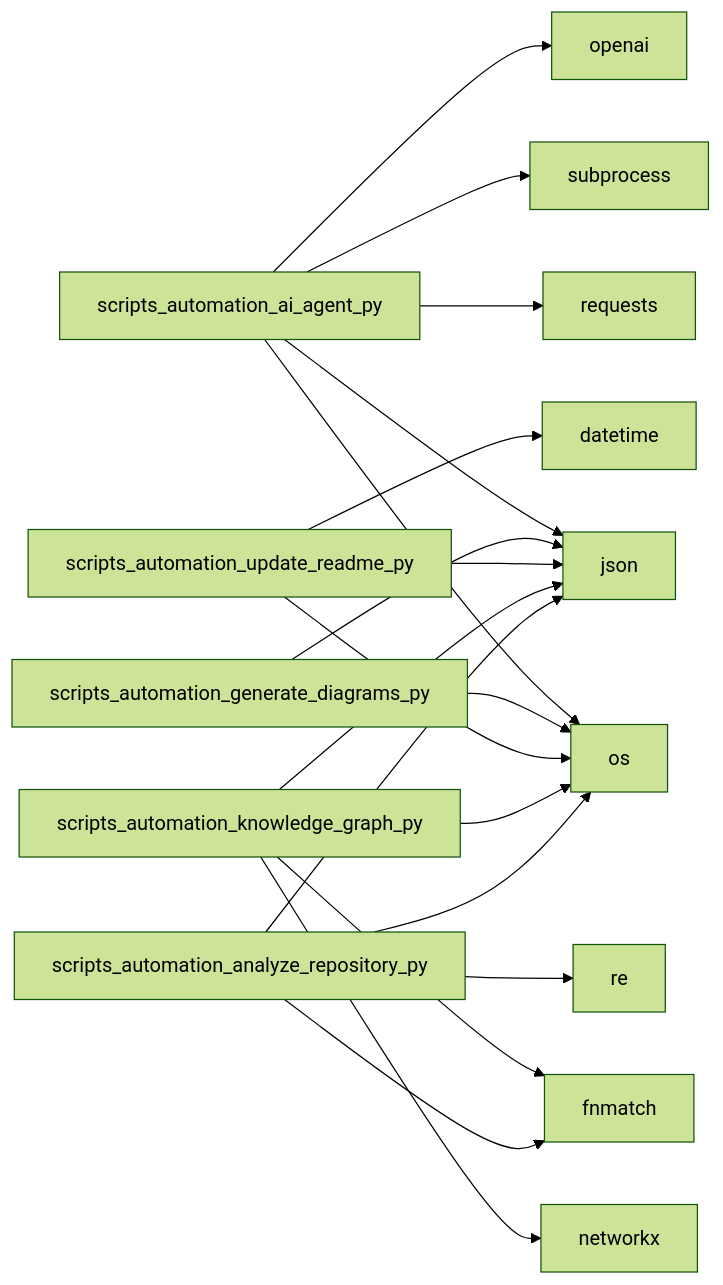
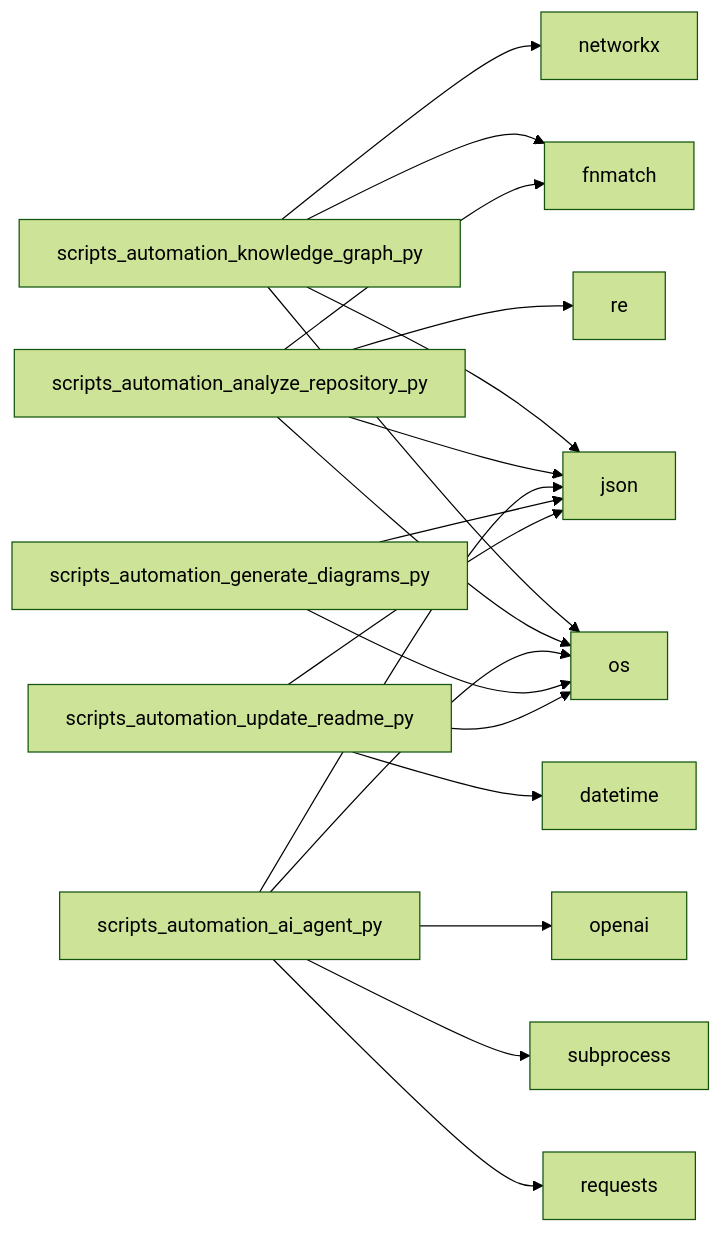
One commit to NITISH-R-G/FUTURE_DS_01 changed the second of 2 diagrams in README.md. Above: the diagram before and after it, drawn with Mermaid (forest theme). The commit also changed other lines of this file and 3 other files, not shown here.

Commit message:
docs: auto-update repository state and diagrams [skip auto]

````diff
--- a/README.md
+++ b/README.md
@@ -39,21 +39,21 @@
 ```mermaid
 graph LR;
+    scripts_automation_knowledge_graph_py --> os;
+    scripts_automation_knowledge_graph_py --> json;
+    scripts_automation_knowledge_graph_py --> networkx;
+    scripts_automation_knowledge_graph_py --> fnmatch;
+    scripts_automation_analyze_repository_py --> os;
+    scripts_automation_analyze_repository_py --> json;
+    scripts_automation_analyze_repository_py --> fnmatch;
+    scripts_automation_analyze_repository_py --> re;
     scripts_automation_ai_agent_py --> os;
     scripts_automation_ai_agent_py --> requests;
     scripts_automation_ai_agent_py --> json;
     scripts_automation_ai_agent_py --> subprocess;
     scripts_automation_ai_agent_py --> openai;
     scripts_automation_generate_diagrams_py --> json;
     scripts_automation_generate_diagrams_py --> os;
     scripts_automation_update_readme_py --> json;
     scripts_automation_update_readme_py --> os;
     scripts_automation_update_readme_py --> datetime;
-    scripts_automation_knowledge_graph_py --> os;
-    scripts_automation_knowledge_graph_py --> json;
-    scripts_automation_knowledge_graph_py --> networkx;
-    scripts_automation_knowledge_graph_py --> fnmatch;
-    scripts_automation_analyze_repository_py --> os;
-    scripts_automation_analyze_repository_py --> json;
-    scripts_automation_analyze_repository_py --> fnmatch;
-    scripts_automation_analyze_repository_py --> re;
 ```
````
